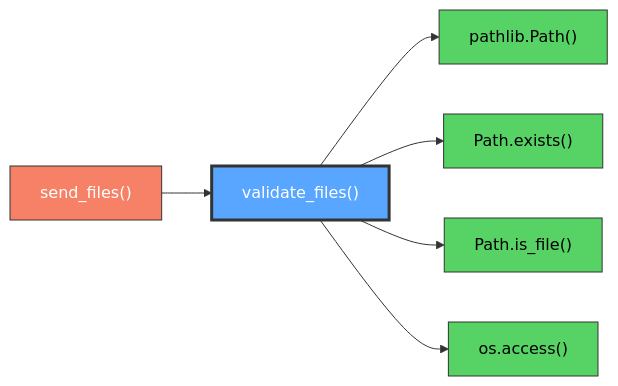
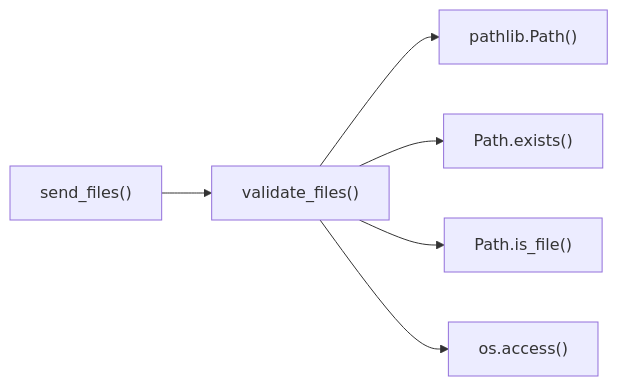
The diagram in docs/validate_files.md (proudsunburn/ftransfer), drawn with Mermaid before and after one commit. The commit also changed 23 other files, not shown here.

Commit message:
MINOR: Remove colors from mermaid for easy light/dark mode switching

````diff
--- a/docs/validate_files.md
+++ b/docs/validate_files.md
@@ -11,19 +11,15 @@
 ```mermaid
 graph LR
-    send_files["send_files()"]:::red
-    validate_files["validate_files()"]:::highlight
-    pathlib_path["pathlib.Path()"]:::green
-    path_exists["Path.exists()"]:::green
-    path_is_file["Path.is_file()"]:::green
-    os_access["os.access()"]:::green
+    send_files["send_files()"]
+    validate_files["validate_files()"]
+    pathlib_path["pathlib.Path()"]
+    path_exists["Path.exists()"]
+    path_is_file["Path.is_file()"]
+    os_access["os.access()"]
 
     send_files --> validate_files
     validate_files --> pathlib_path
     validate_files --> path_exists
     validate_files --> path_is_file
     validate_files --> os_access
-
-    classDef red fill:#f78166,stroke:#333,color:#fff
-    classDef highlight fill:#58a6ff,stroke:#333,color:#fff,stroke-width:3px
-    classDef green fill:#56d364,stroke:#333,color:#000
 ```
````
